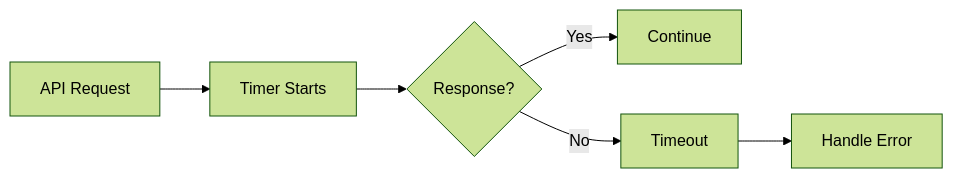
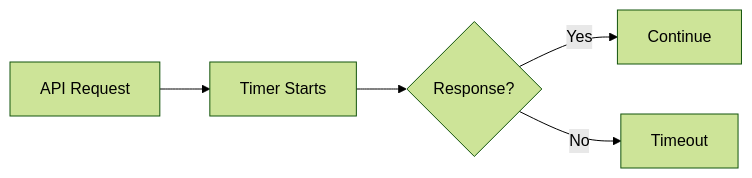
Before and after one commit to wisrovi/wpipe: the first of 5 diagrams in examples/api_pipeline/17_network_timeout/README.md, drawn with Mermaid (forest theme). The commit also changed other lines of this file and 20 other files, not shown here.

First line of the commit message:
Simplify Mermaid diagrams for better rendering

````diff
--- a/examples/api_pipeline/17_network_timeout/README.md
+++ b/examples/api_pipeline/17_network_timeout/README.md
@@ -15,8 +15,7 @@
 ```mermaid
 graph LR
     A[API Request] --> B[Timer Starts]
     B --> C{Response?}
     C -->|Yes| D[Continue]
     C -->|No| E[Timeout]
-    E --> F[Handle Error]
 ```
````
